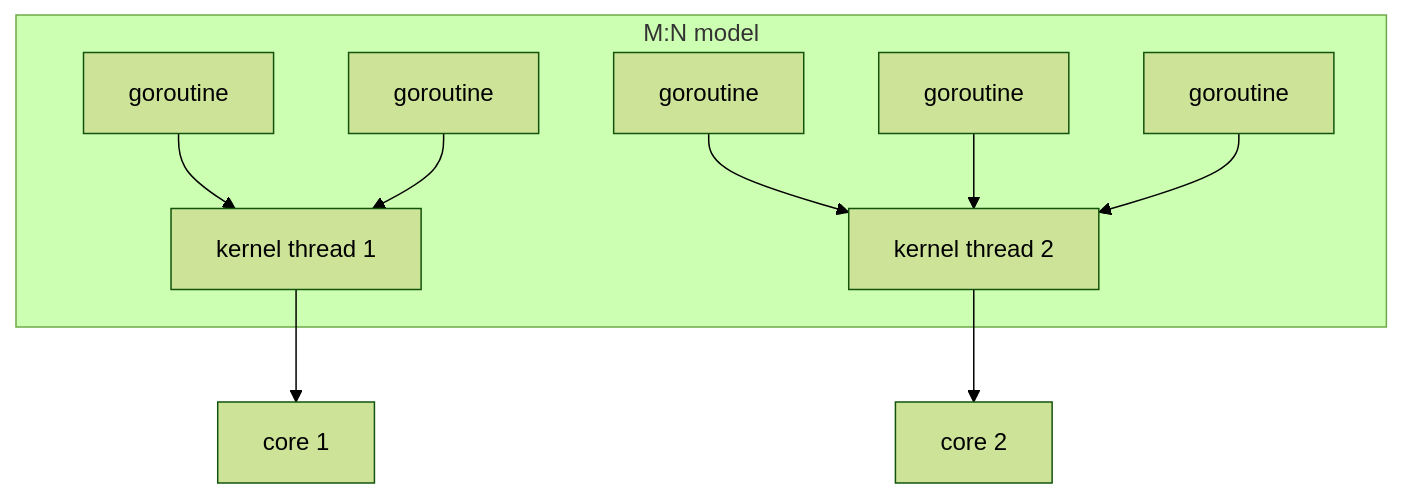
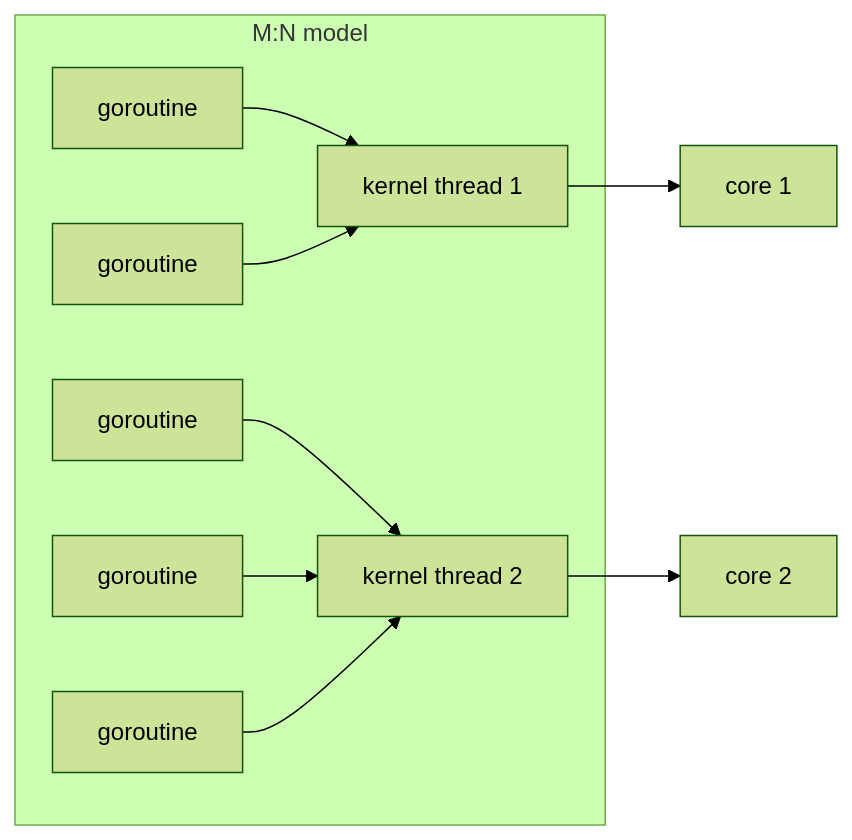
One commit to Siva010/CoreCS changed the diagram in content/lessons/os/os-threads.md. Above: the diagram before and after it, drawn with Mermaid (forest theme). The commit also changed 19 other files, not shown here.

First line of the commit message:
Merge the OS and Networks diagram readability fixes

````diff
--- a/content/lessons/os/os-threads.md
+++ b/content/lessons/os/os-threads.md
@@ -132,12 +132,12 @@
 ```mermaid
-flowchart TB
+flowchart LR
     subgraph mn["M:N model"]
       G1[goroutine] --> P1[kernel thread 1]
       G2[goroutine] --> P1
       G3[goroutine] --> P2[kernel thread 2]
       G4[goroutine] --> P2
       G5[goroutine] --> P2
     end
     P1 --> C1[core 1]
     P2 --> C2[core 2]
 ```
````
